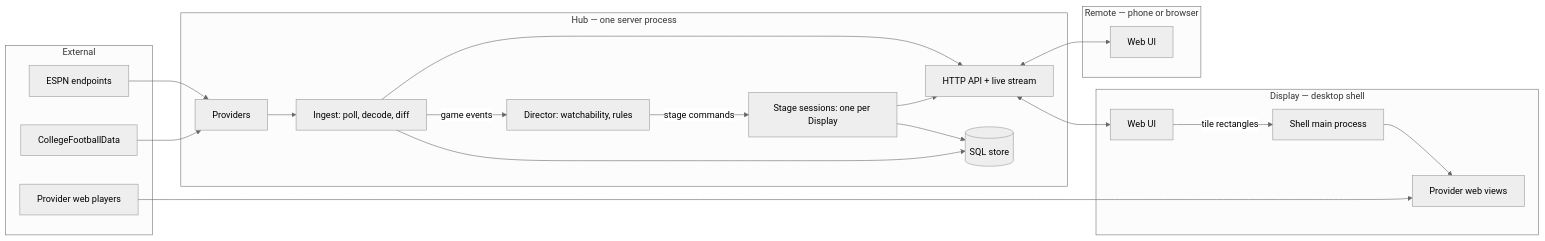
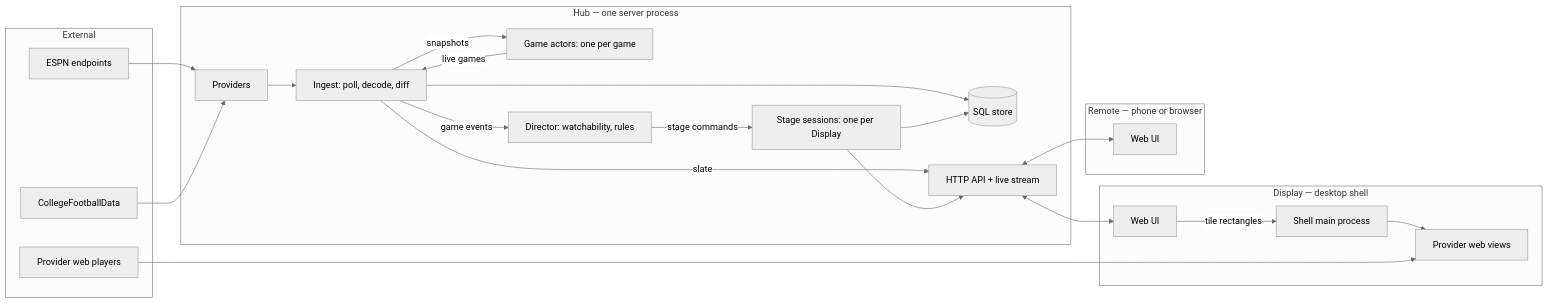
Before and after one commit to Chazzychouse/sportal: the diagram in docs/technical-spec.md, drawn with Mermaid (neutral theme). The commit also changed other lines of this file and 3 other files, not shown here.

Commit message:
docs: game actors spec, ADR 0006, technical spec, and checklist match what was built

````diff
--- a/docs/technical-spec.md
+++ b/docs/technical-spec.md
@@ -56,40 +56,43 @@
 ```mermaid
 flowchart LR
   subgraph ext[External]
     espn[ESPN endpoints]
     cfbd[CollegeFootballData]
     yttv[Provider web players]
   end
 
   subgraph hub[Hub — one server process]
     prov[Providers]
     ingest[Ingest: poll, decode, diff]
+    actors[Game actors: one per game]
     director[Director: watchability, rules]
     stages[Stage sessions: one per Display]
     store[(SQL store)]
     api[HTTP API + live stream]
   end
 
   subgraph display[Display — desktop shell]
     ui1[Web UI]
     main[Shell main process]
     views[Provider web views]
   end
 
   subgraph remote[Remote — phone or browser]
     ui2[Web UI]
   end
 
   espn --> prov
   cfbd --> prov
   prov --> ingest --> store
+  ingest -- snapshots --> actors
+  actors -- live games --> ingest
   ingest -- game events --> director
   director -- stage commands --> stages
   stages --> store
   api <--> ui1
   api <--> ui2
-  ingest --> api
+  ingest -- slate --> api
   stages --> api
   ui1 -- tile rectangles --> main --> views
   yttv --> views
 ```
````
